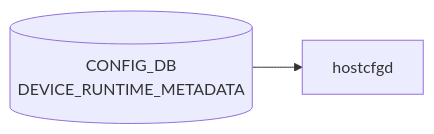
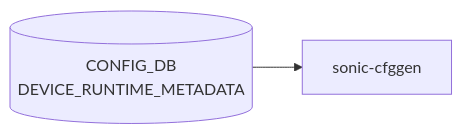
One commit to aoki-taquan/sonic-unofficial-docs changed the diagram in docs/reference/config-db/device-runtime-metadata.md. Above: the diagram before and after it, drawn with Mermaid. The commit also changed 16 other files, not shown here.

First line of the commit message:
chore(cdb-mermaid): add fallback dict for 27 unmapped tables → 121/121

````diff
--- a/docs/reference/config-db/device-runtime-metadata.md
+++ b/docs/reference/config-db/device-runtime-metadata.md
@@ -34,6 +34,6 @@
 ```mermaid
 flowchart LR
   CDB[("CONFIG_DB<br/>DEVICE_RUNTIME_METADATA")]
-  DM["hostcfgd"]
+  DM["sonic-cfggen"]
   CDB --> DM
 ```
````
